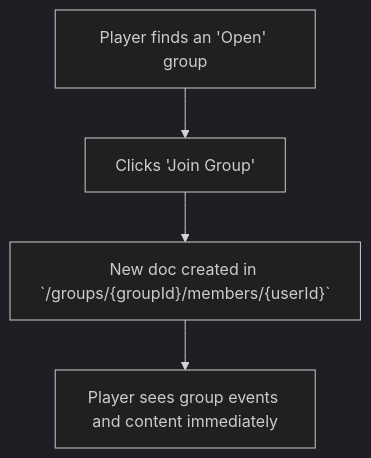
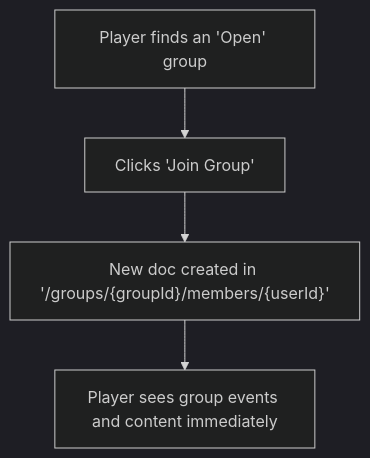
One commit to amitrke/getspot changed the third of 6 diagrams in docs/USER_JOURNEYS.md. Above: the diagram before and after it, drawn with Mermaid (dark theme). The commit also changed other lines of this file, not shown here.

Commit message:
Update flow diagrams in USER_JOURNEYS.md to use single quotes for file paths

````diff
--- a/docs/USER_JOURNEYS.md
+++ b/docs/USER_JOURNEYS.md
@@ -55,6 +55,6 @@
 ```mermaid
 graph TD
     A[Player finds an 'Open' group] --> B[Clicks 'Join Group'];
-    B --> C["New doc created in `/groups/{groupId}/members/{userId}`"];
+    B --> C["New doc created in '/groups/{groupId}/members/{userId}'"];
     C --> D[Player sees group events and content immediately];
 ```
````
